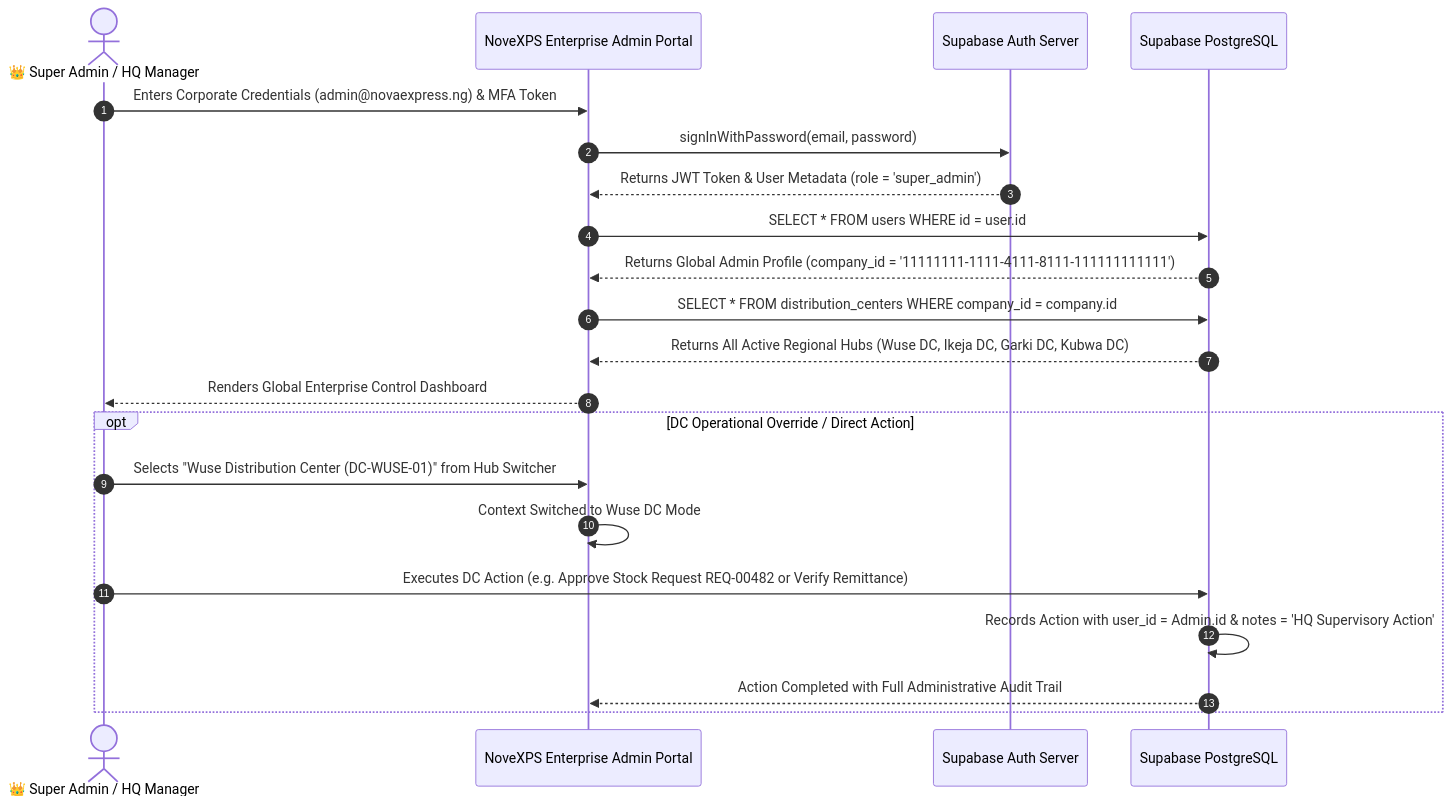
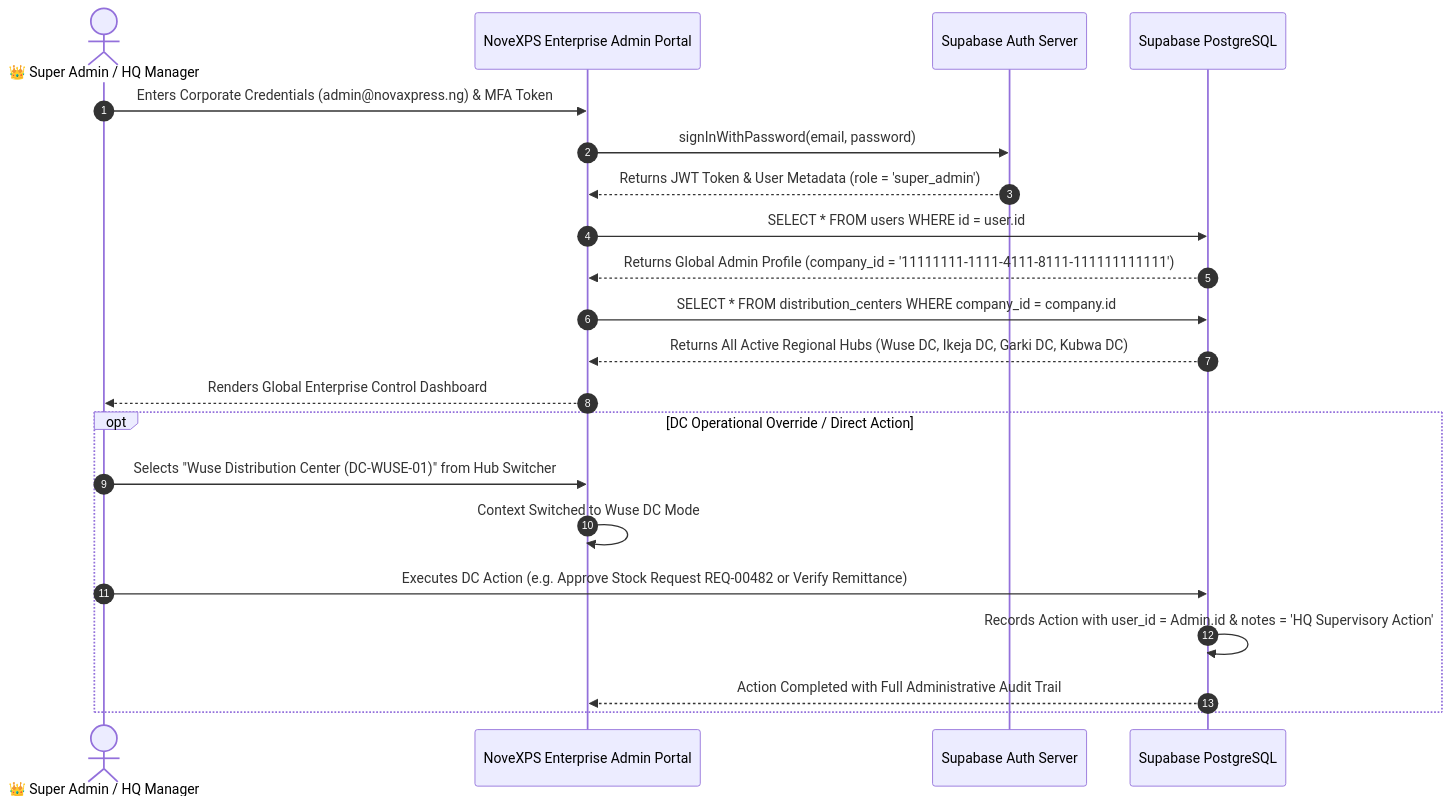
Before and after one commit to odufu/novaexpress: the diagram in DOCUMENTATION/HQ/WORKFLOW/01_HQ_AUTH_AND_ADMIN_HIERARCHY_WORKFLOW.md, drawn with Mermaid. The commit also changed other lines of this file and 181 other files, not shown here.

````diff
--- a/DOCUMENTATION/HQ/WORKFLOW/01_HQ_AUTH_AND_ADMIN_HIERARCHY_WORKFLOW.md
+++ b/DOCUMENTATION/HQ/WORKFLOW/01_HQ_AUTH_AND_ADMIN_HIERARCHY_WORKFLOW.md
@@ -17,28 +17,28 @@
 ```mermaid
 sequenceDiagram
     autonumber
     actor Admin as 👑 Super Admin / HQ Manager
     participant Portal as NoveXPS Enterprise Admin Portal
     participant Auth as Supabase Auth Server
     participant DB as Supabase PostgreSQL
 
-    Admin->>Portal: Enters Corporate Credentials (admin@novaexpress.ng) & MFA Token
+    Admin->>Portal: Enters Corporate Credentials (admin@novaxpress.ng) & MFA Token
     Portal->>Auth: signInWithPassword(email, password)
     
     Auth-->>Portal: Returns JWT Token & User Metadata (role = 'super_admin')
     Portal->>DB: SELECT * FROM users WHERE id = user.id
     DB-->>Portal: Returns Global Admin Profile (company_id = '11111111-1111-4111-8111-111111111111')
     
     Portal->>DB: SELECT * FROM distribution_centers WHERE company_id = company.id
     DB-->>Portal: Returns All Active Regional Hubs (Wuse DC, Ikeja DC, Garki DC, Kubwa DC)
     
     Portal-->>Admin: Renders Global Enterprise Control Dashboard
     
     opt DC Operational Override / Direct Action
         Admin->>Portal: Selects "Wuse Distribution Center (DC-WUSE-01)" from Hub Switcher
         Portal->>Portal: Context Switched to Wuse DC Mode
         Admin->>DB: Executes DC Action (e.g. Approve Stock Request REQ-00482 or Verify Remittance)
         DB->>DB: Records Action with user_id = Admin.id & notes = 'HQ Supervisory Action'
         DB-->>Portal: Action Completed with Full Administrative Audit Trail
     end
 ```
````
